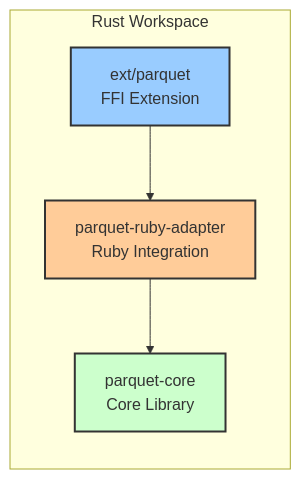
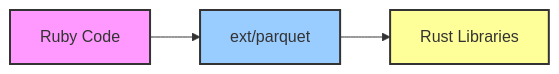
Before and after one commit to njaremko/parquet-ruby: the second of 6 diagrams in ARCH.md, drawn with Mermaid. The commit also changed other lines of this file and 1 other file, not shown here.

````diff
--- a/ARCH.md
+++ b/ARCH.md
@@ -94,15 +155,9 @@
 ```mermaid
 graph LR
-    subgraph "Rust Workspace"
-        A[ext/parquet<br/>FFI Extension]
-        B[parquet-ruby-adapter<br/>Ruby Integration]
-        C[parquet-core<br/>Core Library]
-    end
+    Ruby[Ruby Code] --> FFI[ext/parquet]
+    FFI --> Rust[Rust Libraries]
 
-    A --> B
-    B --> C
-
-    style A fill:#9cf,stroke:#333,stroke-width:2px
-    style B fill:#fc9,stroke:#333,stroke-width:2px
-    style C fill:#cfc,stroke:#333,stroke-width:2px
+    style Ruby fill:#f9f,stroke:#333,stroke-width:2px
+    style FFI fill:#9cf,stroke:#333,stroke-width:2px
+    style Rust fill:#ff9,stroke:#333,stroke-width:2px
 ```
````
